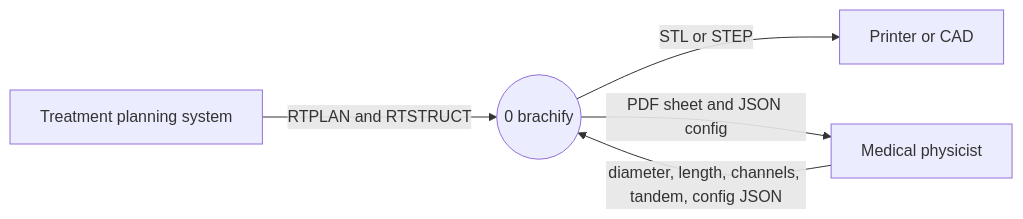
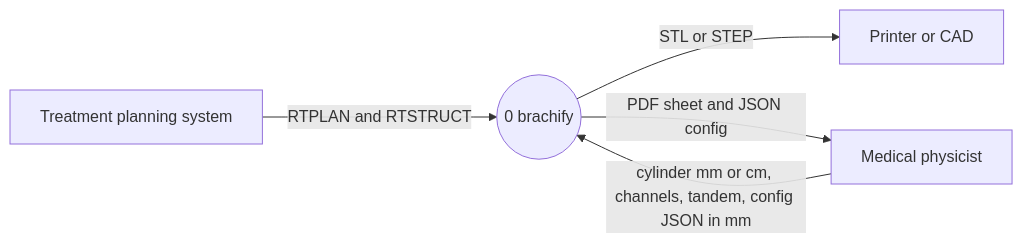
Before and after one commit to COSC-499-W2026/capstone-project-team-10: the diagram in docs/architecture/diagrams/existing-framework/dfd-0.mmd, drawn with Mermaid. The commit also changed 18 other files, not shown here.

```diff
--- a/docs/architecture/diagrams/existing-framework/dfd-0.mmd
+++ b/docs/architecture/diagrams/existing-framework/dfd-0.mmd
@@ -1,12 +1,12 @@
 %% title: DFD level 0
 %% alt: DFD level 0, brachify as one process
 flowchart LR
   tps["Treatment planning system"]
   physicist["Medical physicist"]
   printer["Printer or CAD"]
   brachify(("0 brachify"))
 
   tps -->|"RTPLAN and RTSTRUCT"| brachify
-  physicist -->|"diameter, length, channels, tandem, config JSON"| brachify
+  physicist -->|"cylinder mm or cm, channels, tandem, config JSON in mm"| brachify
   brachify -->|"STL or STEP"| printer
   brachify -->|"PDF sheet and JSON config"| physicist
```
